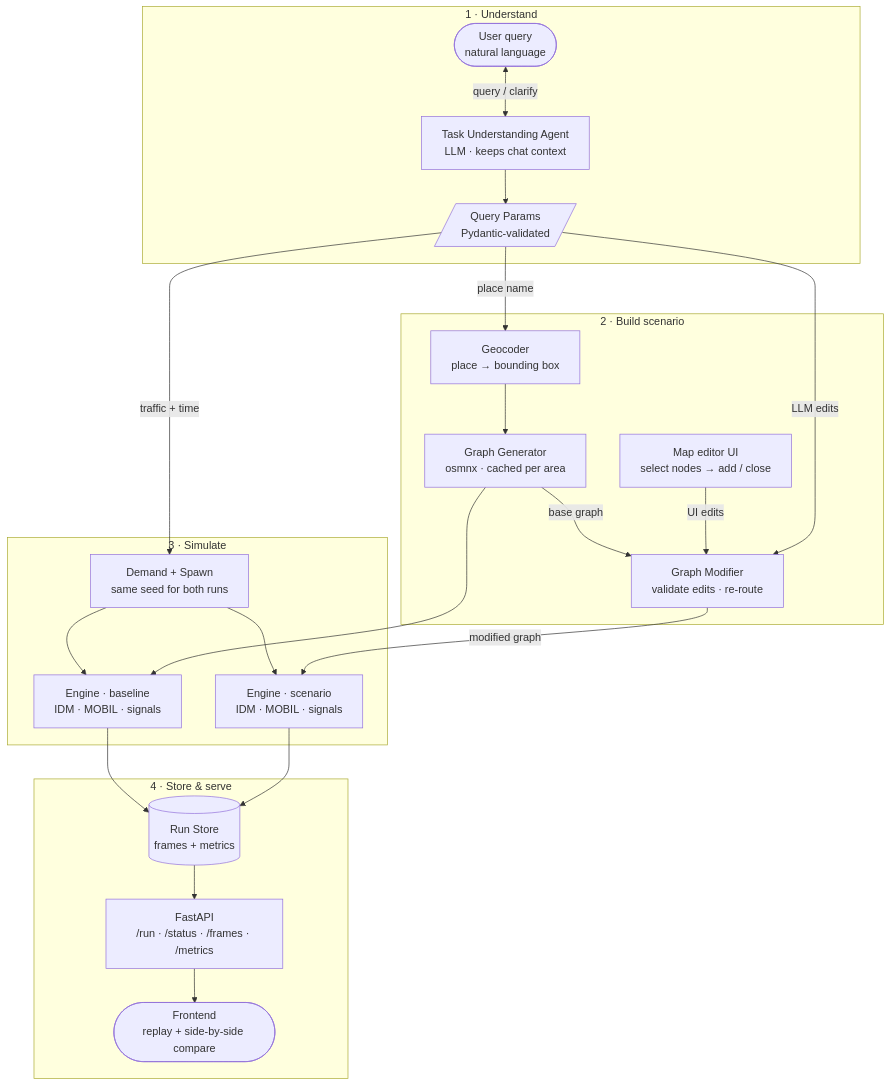
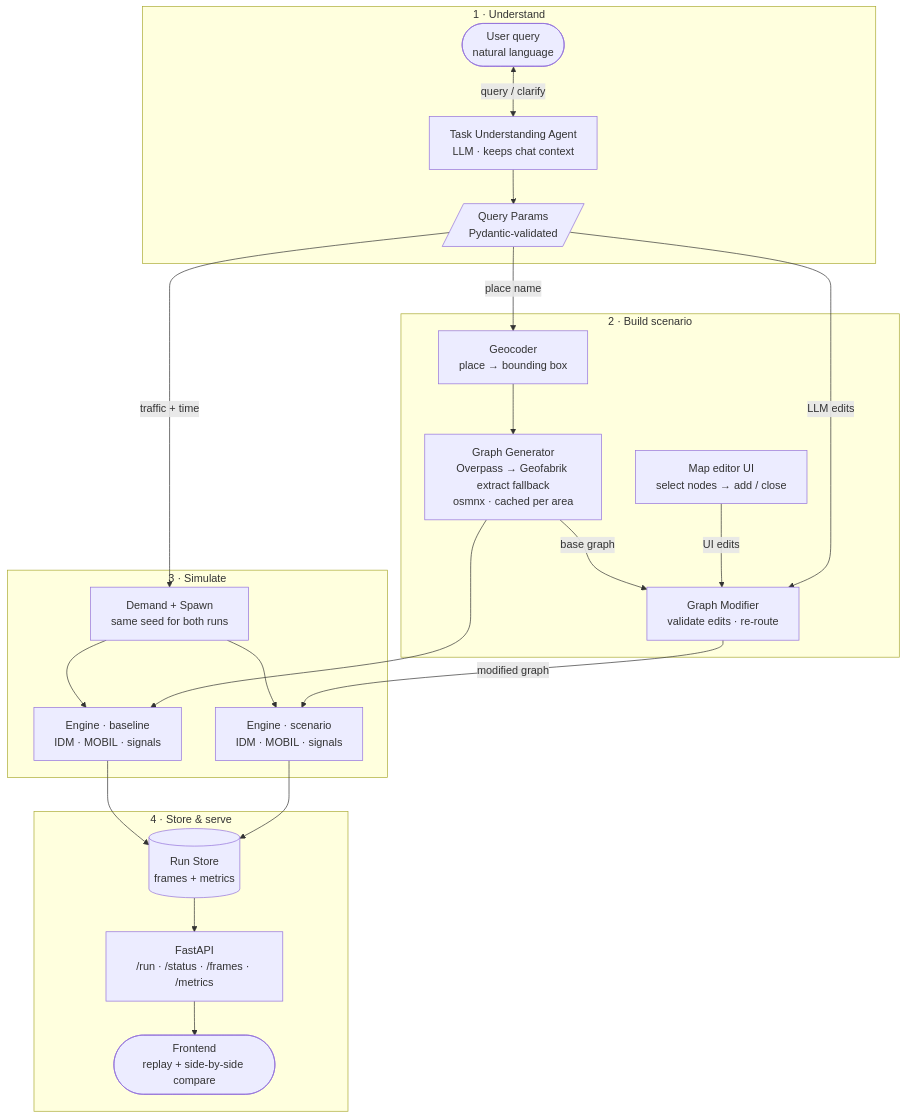
One commit to sanyam-dev/vehicle-flow-sim changed the diagram in architecture.md. Above: the diagram before and after it, drawn with Mermaid. The commit also changed other lines of this file and 5 other files, not shown here.

First line of the commit message:
Fall back to offline Geofabrik extracts when Overpass fails

````diff
--- a/architecture.md
+++ b/architecture.md
@@ -5,43 +5,43 @@
 ```mermaid
 flowchart TD
   subgraph U[1 · Understand]
     Q([User query<br/>natural language])
     A[Task Understanding Agent<br/>LLM · keeps chat context]
     P[/Query Params<br/>Pydantic-validated/]
     Q <-->|query / clarify| A
     A --> P
   end
 
   subgraph B[2 · Build scenario]
     G[Geocoder<br/>place → bounding box]
-    GG[Graph Generator<br/>osmnx · cached per area]
+    GG[Graph Generator<br/>Overpass → Geofabrik extract fallback<br/>osmnx · cached per area]
     GM[Graph Modifier<br/>validate edits · re-route]
     ME[Map editor UI<br/>select nodes → add / close]
     G --> GG
     GG -->|base graph| GM
     ME -->|UI edits| GM
   end
 
   subgraph S[3 · Simulate]
     EB[Engine · baseline<br/>IDM · MOBIL · signals]
     D[Demand + Spawn<br/>same seed for both runs]
     ES[Engine · scenario<br/>IDM · MOBIL · signals]
     D --> EB
     D --> ES
   end
 
   subgraph V[4 · Store & serve]
     RS[(Run Store<br/>frames + metrics)]
     API[FastAPI<br/>/run · /status · /frames · /metrics]
     FE([Frontend<br/>replay + side-by-side compare])
     RS --> API --> FE
   end
 
   P -->|place name| G
   P -->|LLM edits| GM
   P -->|traffic + time| D
   GG --> EB
   GM -->|modified graph| ES
   EB --> RS
   ES --> RS
 ```
````
